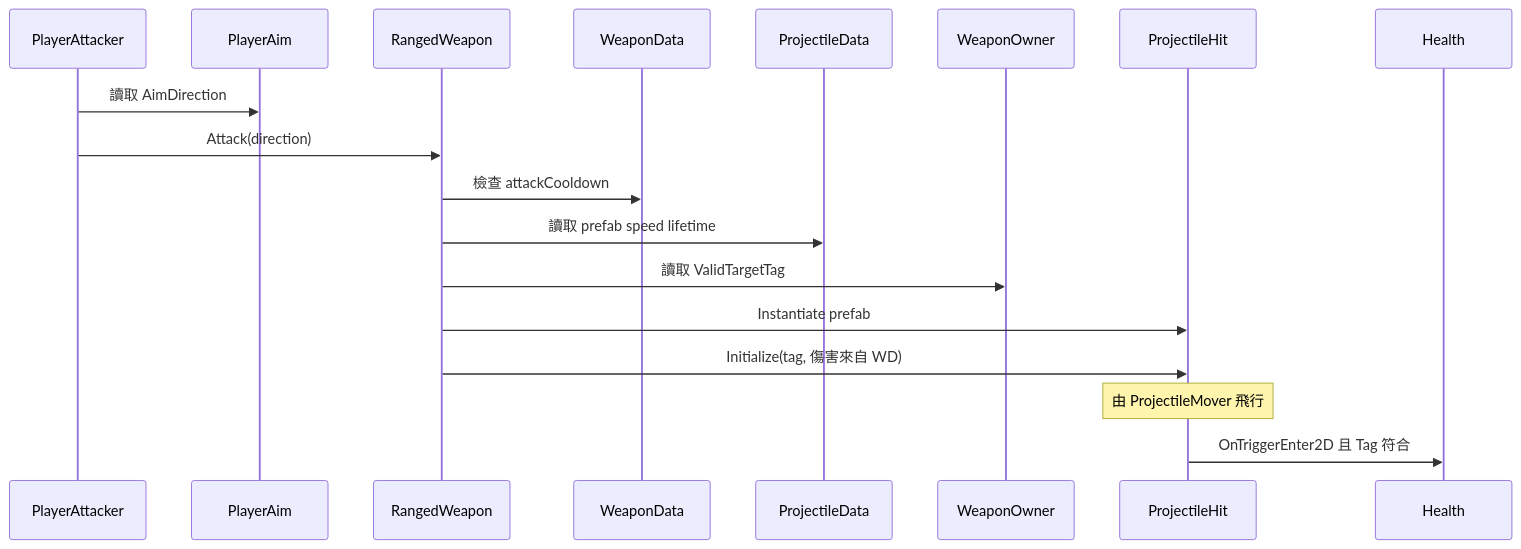
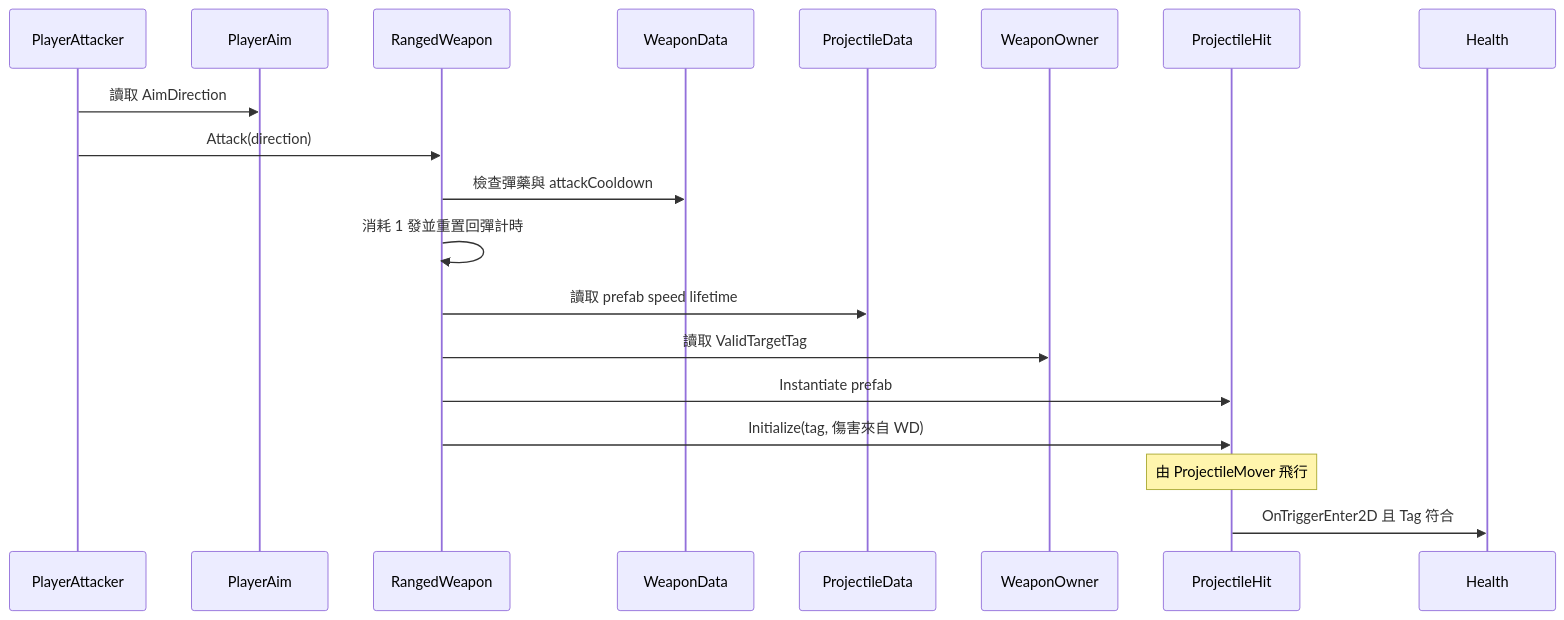
The third of 8 diagrams in Assets/Docs/LAB_zh-TW.md (Oaktheplayer/115A_NTHUGDC_OOPIntro), drawn with Mermaid before and after one commit. The commit also changed other lines of this file and 8 other files, not shown here.

````diff
--- a/Assets/Docs/LAB_zh-TW.md
+++ b/Assets/Docs/LAB_zh-TW.md
@@ -156,21 +156,22 @@
 ```mermaid
 sequenceDiagram
   participant Click as PlayerAttacker
   participant Aim as PlayerAim
   participant W as RangedWeapon
   participant WD as WeaponData
   participant PD as ProjectileData
   participant Owner as WeaponOwner
   participant Bullet as ProjectileHit
   participant HP as Health
 
   Click->>Aim: 讀取 AimDirection
   Click->>W: Attack(direction)
-  W->>WD: 檢查 attackCooldown
+  W->>WD: 檢查彈藥與 attackCooldown
+  W->>W: 消耗 1 發並重置回彈計時
   W->>PD: 讀取 prefab speed lifetime
   W->>Owner: 讀取 ValidTargetTag
   W->>Bullet: Instantiate prefab
   W->>Bullet: Initialize(tag, 傷害來自 WD)
   Note over Bullet: 由 ProjectileMover 飛行
   Bullet->>HP: OnTriggerEnter2D 且 Tag 符合
 ```
````
